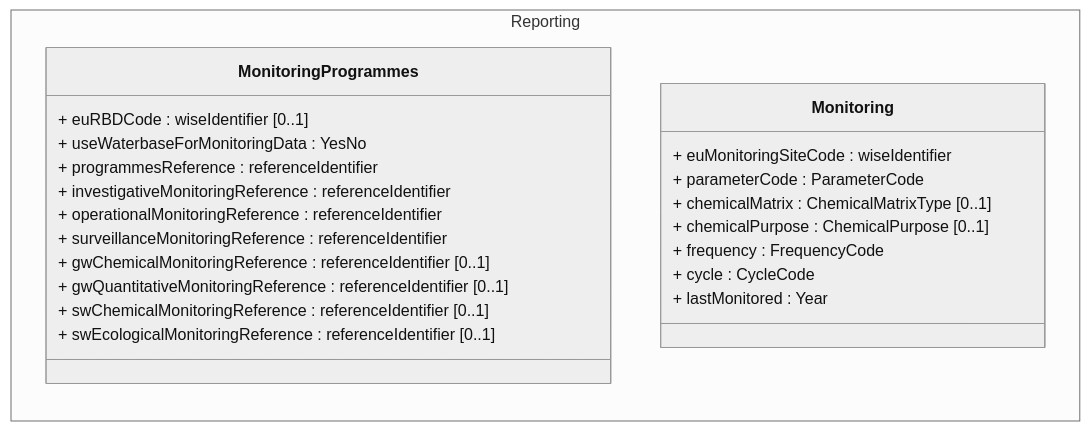
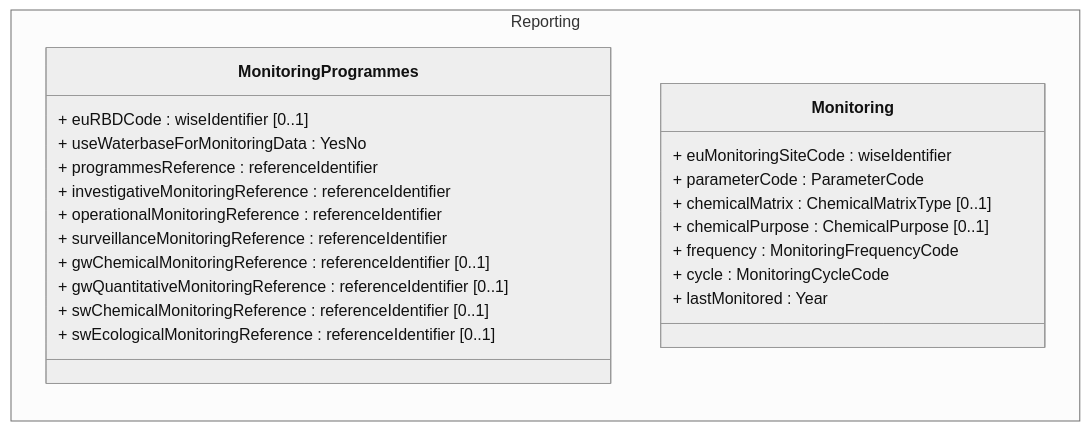
One commit to eeadata/WISE.WFD.Documentation changed the first of 2 diagrams in docs/DataModelReview/WFDMonitoring.md. Above: the diagram before and after it, drawn with Mermaid. The commit also changed other lines of this file, not shown here.

Commit message:
Update to the monitoring codelists #303004

````diff
--- a/docs/DataModelReview/WFDMonitoring.md
+++ b/docs/DataModelReview/WFDMonitoring.md
@@ -132,36 +132,36 @@
 ```{mermaid}
 :name: DescriptiveMonitoring4thcycle
 :caption:  Descriptive data - Monitoring - 4ᵗʰ cycle
 :align: center
 :zoom:
 %%{init: {'theme': 'neutral'}}%%
 classDiagram
 direction LR
 
 namespace Reporting{
 
   class MonitoringProgrammes{
     + euRBDCode : wiseIdentifier [0..1]
     + useWaterbaseForMonitoringData : YesNo
     + programmesReference : referenceIdentifier
     + investigativeMonitoringReference : referenceIdentifier
     + operationalMonitoringReference : referenceIdentifier
     + surveillanceMonitoringReference : referenceIdentifier
     + gwChemicalMonitoringReference : referenceIdentifier [0..1]
     + gwQuantitativeMonitoringReference : referenceIdentifier [0..1]
     + swChemicalMonitoringReference : referenceIdentifier [0..1]
     + swEcologicalMonitoringReference : referenceIdentifier [0..1]
   }
 
   class Monitoring{
     + euMonitoringSiteCode : wiseIdentifier
     + parameterCode : ParameterCode
     + chemicalMatrix : ChemicalMatrixType [0..1]
     + chemicalPurpose : ChemicalPurpose [0..1]
-    + frequency : FrequencyCode
-    + cycle : CycleCode
+    + frequency : MonitoringFrequencyCode
+    + cycle : MonitoringCycleCode
     + lastMonitored : Year
   }
 }
 
 ```
````
